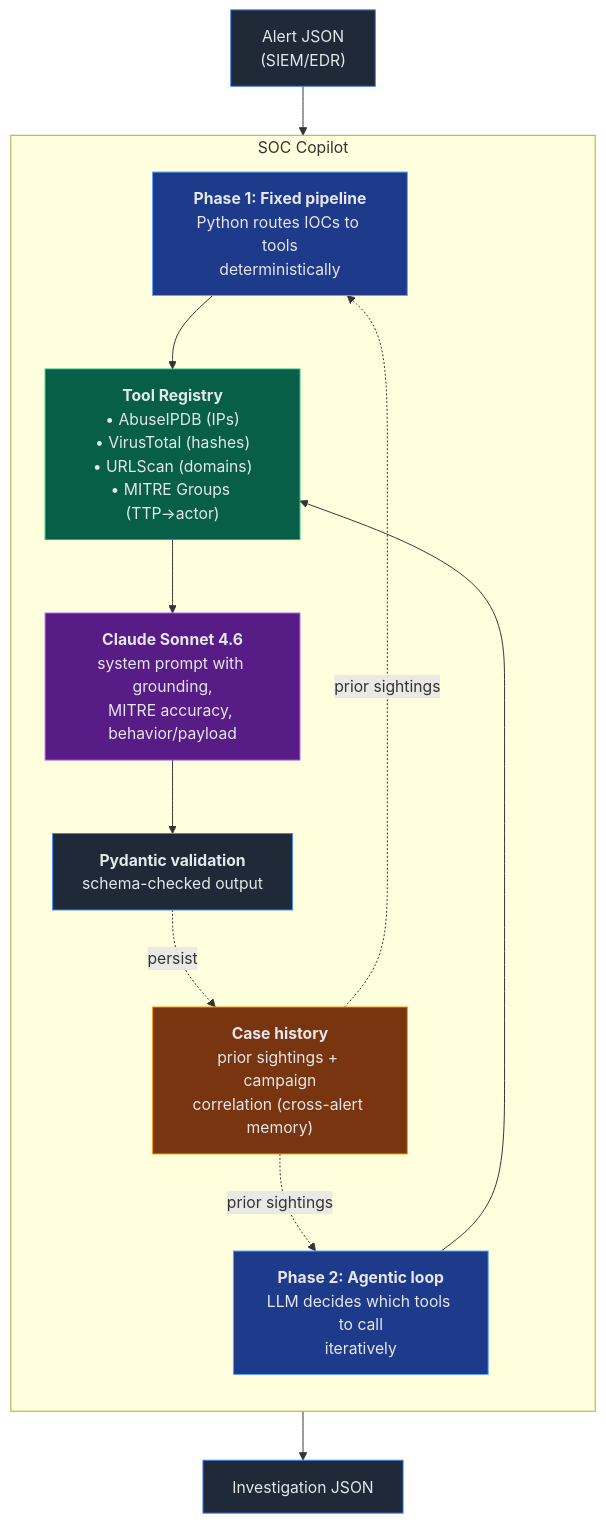
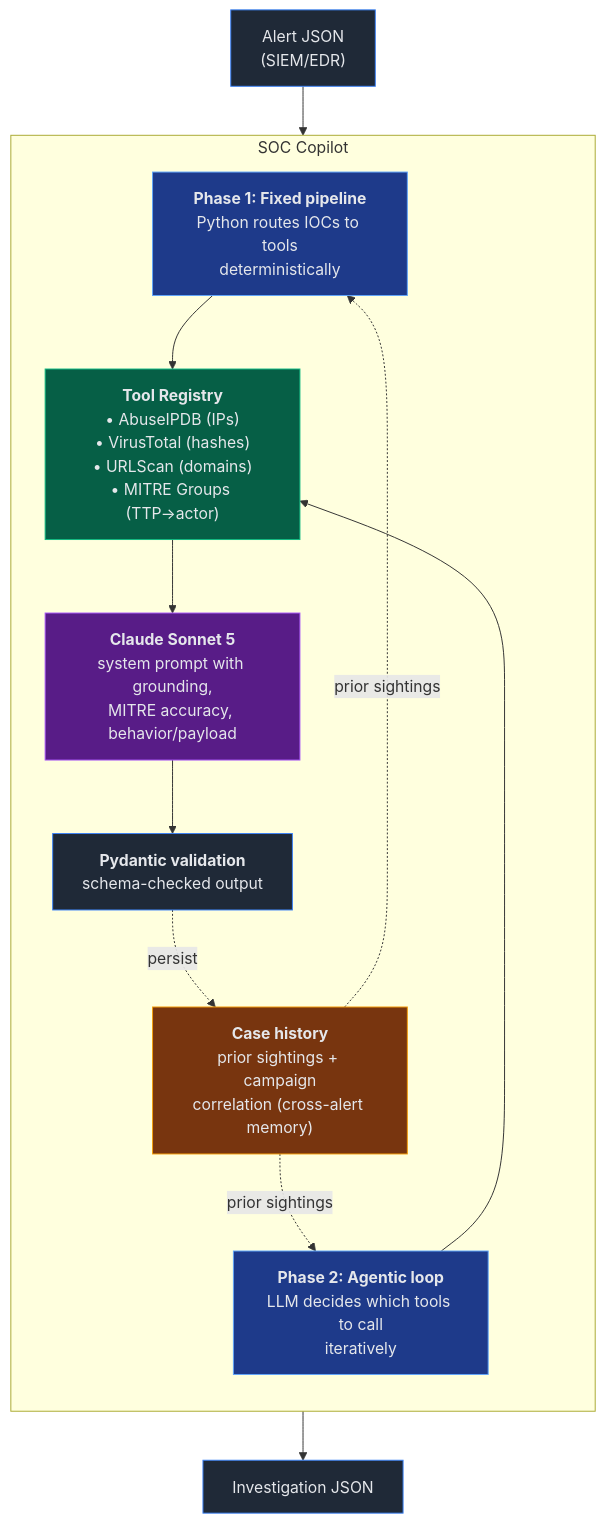
One commit to AizensCode/soc-copilot changed the diagram in README.md. Above: the diagram before and after it, drawn with Mermaid. The commit also changed other lines of this file and 6 other files, not shown here.

First line of the commit message:
Upgrade to Claude Sonnet 5, hardening code and harness for what it surfaced

````diff
--- a/README.md
+++ b/README.md
@@ -48,42 +48,42 @@
 ```mermaid
 flowchart TD
     Alert["Alert JSON<br/>(SIEM/EDR)"] --> Copilot
 
     subgraph Copilot["SOC Copilot"]
         direction TB
         Phase1["<b>Phase 1: Fixed pipeline</b><br/>Python routes IOCs to tools<br/>deterministically"]
         Phase2["<b>Phase 2: Agentic loop</b><br/>LLM decides which tools to call<br/>iteratively"]
 
         Registry["<b>Tool Registry</b><br/>• AbuseIPDB (IPs)<br/>• VirusTotal (hashes)<br/>• URLScan (domains)<br/>• MITRE Groups (TTP→actor)"]
 
-        LLM["<b>Claude Sonnet 4.6</b><br/>system prompt with grounding,<br/>MITRE accuracy, behavior/payload"]
+        LLM["<b>Claude Sonnet 5</b><br/>system prompt with grounding,<br/>MITRE accuracy, behavior/payload"]
 
         Validation["<b>Pydantic validation</b><br/>schema-checked output"]
 
         History["<b>Case history</b><br/>prior sightings + campaign<br/>correlation (cross-alert memory)"]
 
         Phase1 --> Registry
         Phase2 --> Registry
         Registry --> LLM
         LLM --> Validation
         History -.->|prior sightings| Phase1
         History -.->|prior sightings| Phase2
         Validation -.->|persist| History
     end
 
     Copilot --> Output["Investigation JSON"]
 
     classDef alert fill:#1f2937,stroke:#3b82f6,color:#e5e7eb
     classDef phase fill:#1e3a8a,stroke:#60a5fa,color:#e5e7eb
     classDef tool fill:#065f46,stroke:#10b981,color:#e5e7eb
     classDef llm fill:#581c87,stroke:#a855f7,color:#e5e7eb
     classDef output fill:#1f2937,stroke:#3b82f6,color:#e5e7eb
     classDef store fill:#78350f,stroke:#f59e0b,color:#e5e7eb
 
     class Alert,Output alert
     class Phase1,Phase2 phase
     class Registry tool
     class LLM llm
     class Validation output
     class History store
 ```
````
